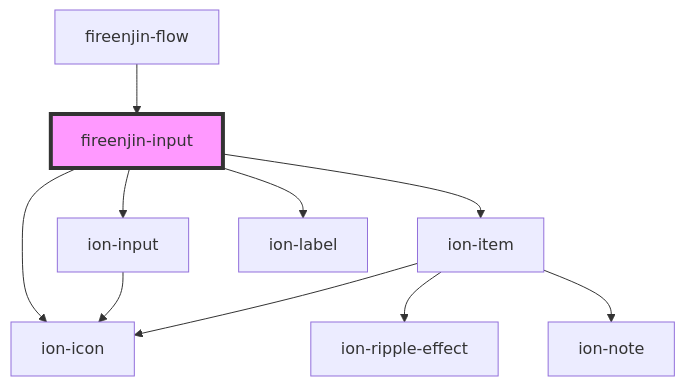
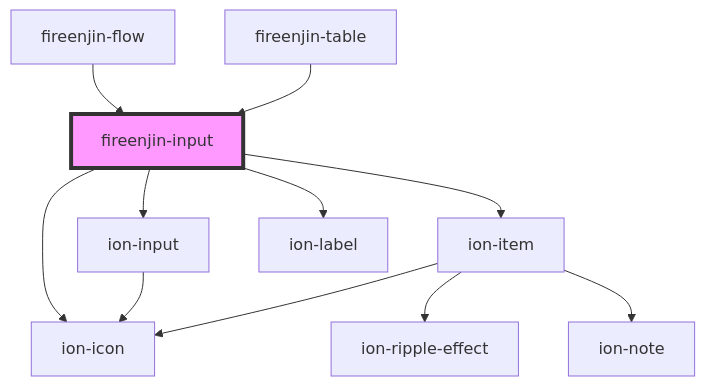
Before and after one commit to FireEnjin/Components: the diagram in src/components/input/readme.md, drawn with Mermaid. The commit also changed other lines of this file and 15 other files, not shown here.

````diff
--- a/src/components/input/readme.md
+++ b/src/components/input/readme.md
@@ -139,13 +140,14 @@
 ```mermaid
 graph TD;
   fireenjin-input --> ion-input
   fireenjin-input --> ion-item
   fireenjin-input --> ion-icon
   fireenjin-input --> ion-label
   ion-input --> ion-icon
   ion-item --> ion-icon
   ion-item --> ion-ripple-effect
   ion-item --> ion-note
   fireenjin-flow --> fireenjin-input
+  fireenjin-table --> fireenjin-input
   style fireenjin-input fill:#f9f,stroke:#333,stroke-width:4px
 ```
````
